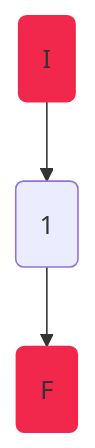
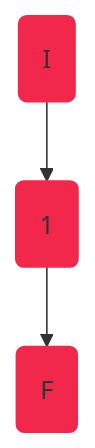
One commit to tiaraRS/CALIDAD-practica2-PruebasDeUnidad-AhtletesAPI-UNIT-TESTING changed the second of 2 diagrams in InformePractica2/tcTiara/DisciplineService.GetDisciplinesAsync.md. Above: the diagram before and after it, drawn with Mermaid. The commit also changed other lines of this file and 16 other files, not shown here.

````diff
--- a/InformePractica2/tcTiara/DisciplineService.GetDisciplinesAsync.md
+++ b/InformePractica2/tcTiara/DisciplineService.GetDisciplinesAsync.md
@@ -51,6 +51,6 @@
 ```mermaid
 graph TD
     I(I):::c1 --> 1(1)
-    1 -->  F(F):::c1
+    1:::c1 -->  F(F):::c1
 classDef c1 fill:#F2274C, stroke:#F2274C;
 ```
````
